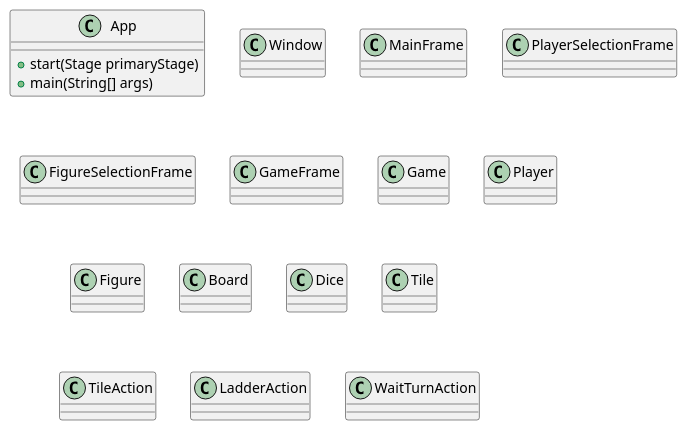
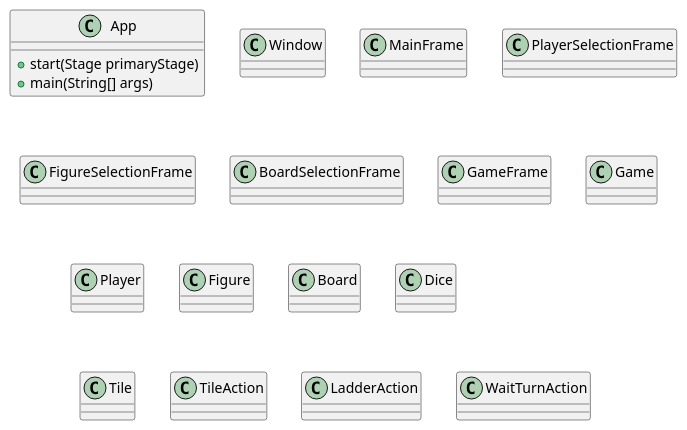
One commit to Segward/ladder-game changed the diagram in classdiagram2.puml. Above: the diagram before and after it, drawn with PlantUML.

Commit message:
Added boardselectionframe to uml

```diff
--- a/classdiagram2.puml
+++ b/classdiagram2.puml
@@ -1,64 +1,68 @@
 @startuml
 
 class App {
     +start(Stage primaryStage)
     +main(String[] args)
 }
 
 class Window {
 
 }
 
 class MainFrame {
 
 }
 
 class PlayerSelectionFrame {
 
 }
 
 class FigureSelectionFrame {
+
+}
+
+class BoardSelectionFrame {
 
 }
 
 class GameFrame {
 
 }
 
 class Game {
     
 }
 
 class Player {
 
 }
 
 class Figure {
 
 }
 
 class Board {
 
 }
 
 class Dice {
 
 }
 
 class Tile {
 
 }
 
 class TileAction {
 
 }
 
 class LadderAction {
 
 }
 
 class WaitTurnAction {
 
 }
 
 @enduml
```
